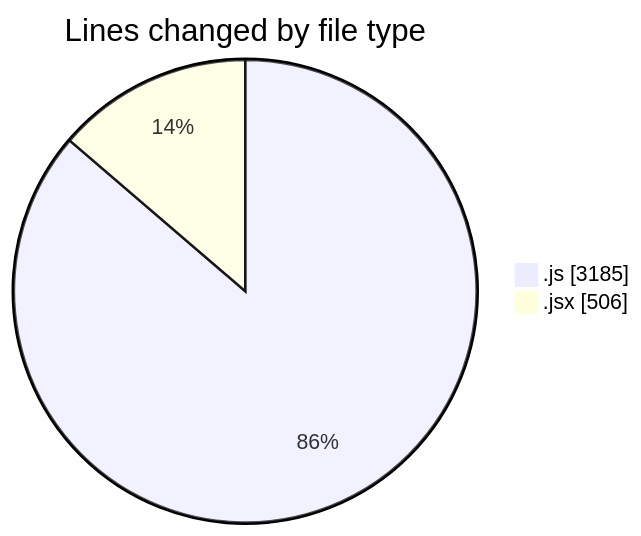
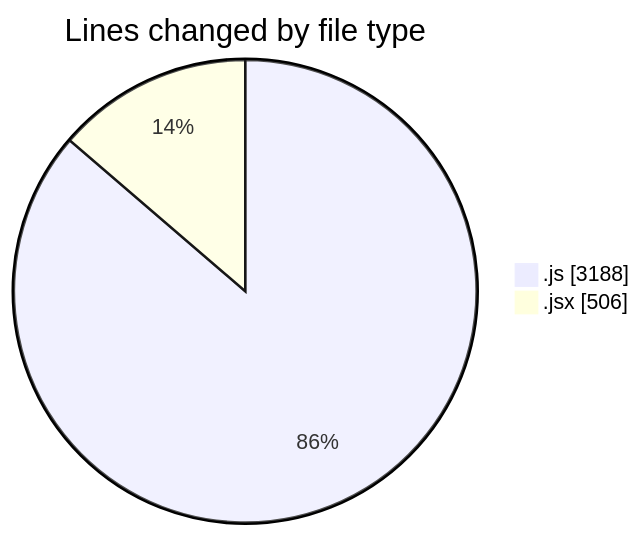
One commit to nxtqubesakshisongat/code-tracking changed the first of 2 diagrams in 2025-07-27/nxtqube_webapp/README.md. Above: the diagram before and after it, drawn with Mermaid. The commit also changed other lines of this file and 1 other file, not shown here.

````diff
--- a/2025-07-27/nxtqube_webapp/README.md
+++ b/2025-07-27/nxtqube_webapp/README.md
@@ -27,6 +27,6 @@
 ```mermaid
 pie showData
 title Lines changed by file type
-".js" : 3185
+".js" : 3188
 ".jsx" : 506
 ```
````
